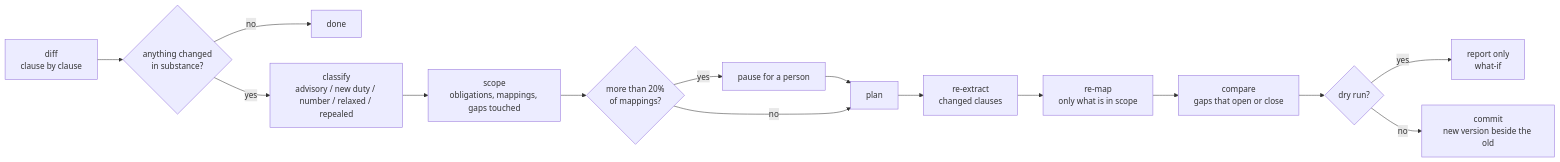
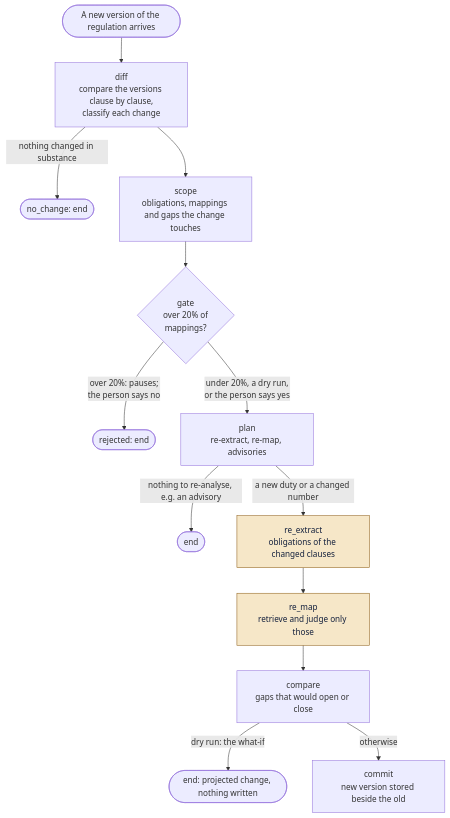
Before and after one commit to ashashkaWestfeild/regcompliance-agent: the third of 4 diagrams in docs/ARCHITECTURE.md, drawn with Mermaid. The commit also changed other lines of this file and 2 other files, not shown here.

Commit message:
Docs diagrams: system-at-a-glance sketch in the README (rendered PNG, labels checked against the code: change agent runs dry in the demo, hosted candidate search by shared wording); ARCHITECTURE §4 change-agent diagram replaced by the README's (agent.py nodes: classify inside diff, rejected end, gate labels); answer-key integrity flow in §6; §2 notes the hosted demo's shared-wording search; link to the sketch at the top

````diff
--- a/docs/ARCHITECTURE.md
+++ b/docs/ARCHITECTURE.md
@@ -149,16 +150,18 @@
 ```mermaid
-flowchart LR
-  A[diff<br/>clause by clause] --> B{anything changed<br/>in substance?}
-  B -- no --> Z[done]
-  B -- yes --> C[classify<br/>advisory / new duty / number / relaxed / repealed]
-  C --> D[scope<br/>obligations, mappings, gaps touched]
-  D --> E{more than 20%<br/>of mappings?}
-  E -- yes --> W[pause for a person] --> F
-  E -- no --> F[plan]
-  F --> G[re-extract<br/>changed clauses]
-  G --> H[re-map<br/>only what is in scope]
-  H --> I[compare<br/>gaps that open or close]
-  I --> J{dry run?}
-  J -- yes --> Z2[report only<br/>what-if]
-  J -- no --> K[commit<br/>new version beside the old]
+flowchart TD
+    IN([A new version of the regulation arrives]) --> D
+    D["diff<br/>compare the versions clause by clause,<br/>classify each change"]
+    D -->|nothing changed in substance| NC([no_change: end])
+    D --> SC["scope<br/>obligations, mappings and gaps the change touches"]
+    SC --> G{"gate<br/>over 20% of<br/>mappings?"}
+    G -->|"over 20%: pauses;<br/>the person says no"| RJ([rejected: end])
+    G -->|"under 20%, a dry run,<br/>or the person says yes"| P["plan<br/>re-extract, re-map, advisories"]
+    P -->|nothing to re-analyse, e.g. an advisory| AD([end])
+    P -->|a new duty or a changed number| RX["re_extract<br/>obligations of the changed clauses"]
+    RX --> RM["re_map<br/>retrieve and judge only those"]
+    RM --> C["compare<br/>gaps that would open or close"]
+    C -->|dry run: the what-if| WI([end: projected change, nothing written])
+    C -->|otherwise| CM["commit<br/>new version stored beside the old"]
+    classDef model fill:#F6E7C8,stroke:#8A5A12,color:#14213D
+    class RX,RM model
 ```
````
